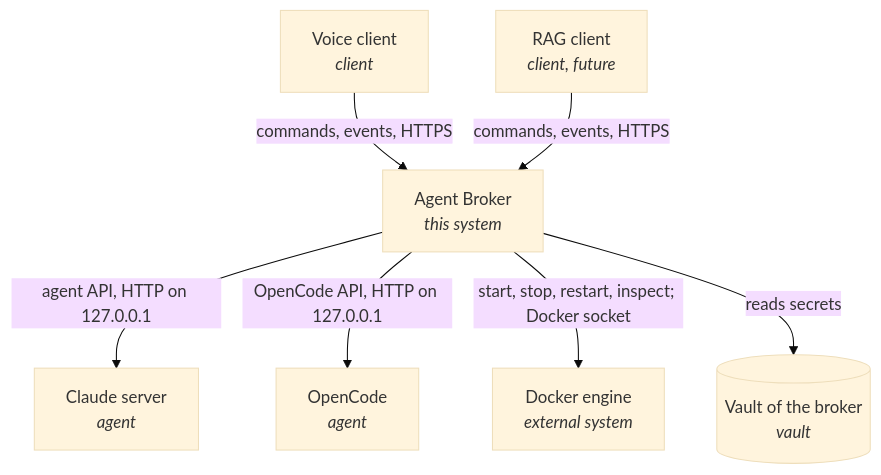
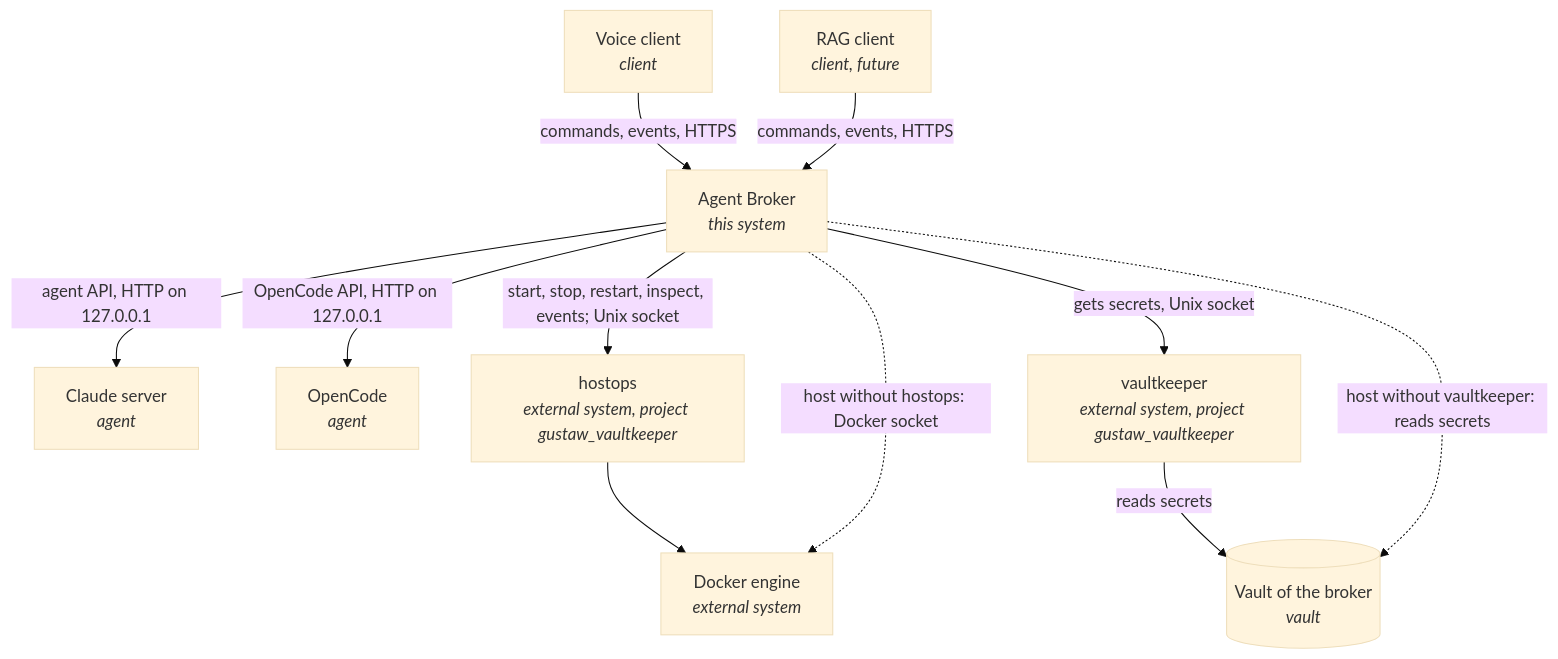
The first of 5 diagrams in sdd/DESIGN.md (npstash/gustaw_agent_broker), drawn with Mermaid (base theme) before and after one commit. The commit also changed other lines of this file and 33 other files, not shown here.

First line of the commit message:
Secrets from vaultkeeper, containers through hostops, no Docker exec; read-only rootfs; no vault entries in the project

````diff
--- a/sdd/DESIGN.md
+++ b/sdd/DESIGN.md
@@ -27,9 +27,13 @@
 ```mermaid
 flowchart TD
     C1[Voice client<br/><i>client</i>] -->|commands, events, HTTPS| B[Agent Broker<br/><i>this system</i>]
     C2[RAG client<br/><i>client, future</i>] -->|commands, events, HTTPS| B
     B -->|agent API, HTTP on 127.0.0.1| A1[Claude server<br/><i>agent</i>]
     B -->|OpenCode API, HTTP on 127.0.0.1| A2[OpenCode<br/><i>agent</i>]
-    B -->|start, stop, restart, inspect; Docker socket| D[Docker engine<br/><i>external system</i>]
-    B -->|reads secrets| V[(Vault of the broker<br/><i>vault</i>)]
+    B -->|start, stop, restart, inspect, events; Unix socket| H[hostops<br/><i>external system, project gustaw_vaultkeeper</i>]
+    H --> D[Docker engine<br/><i>external system</i>]
+    B -.->|host without hostops: Docker socket| D
+    B -->|gets secrets, Unix socket| K[vaultkeeper<br/><i>external system, project gustaw_vaultkeeper</i>]
+    K -->|reads secrets| V[(Vault of the broker<br/><i>vault</i>)]
+    B -.->|host without vaultkeeper: reads secrets| V
 ```
````
